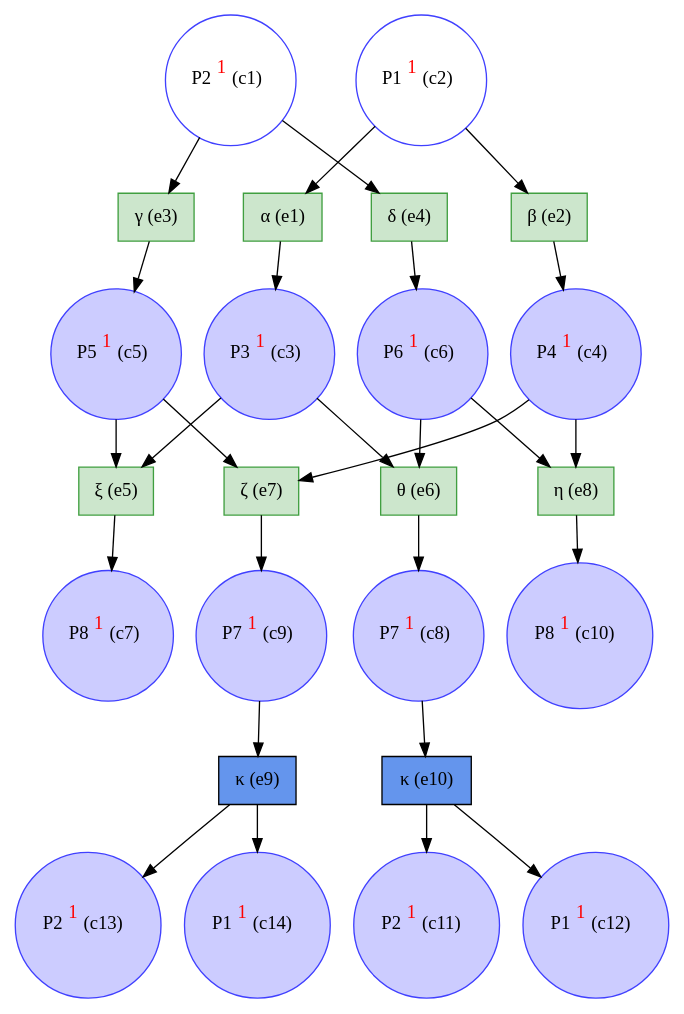
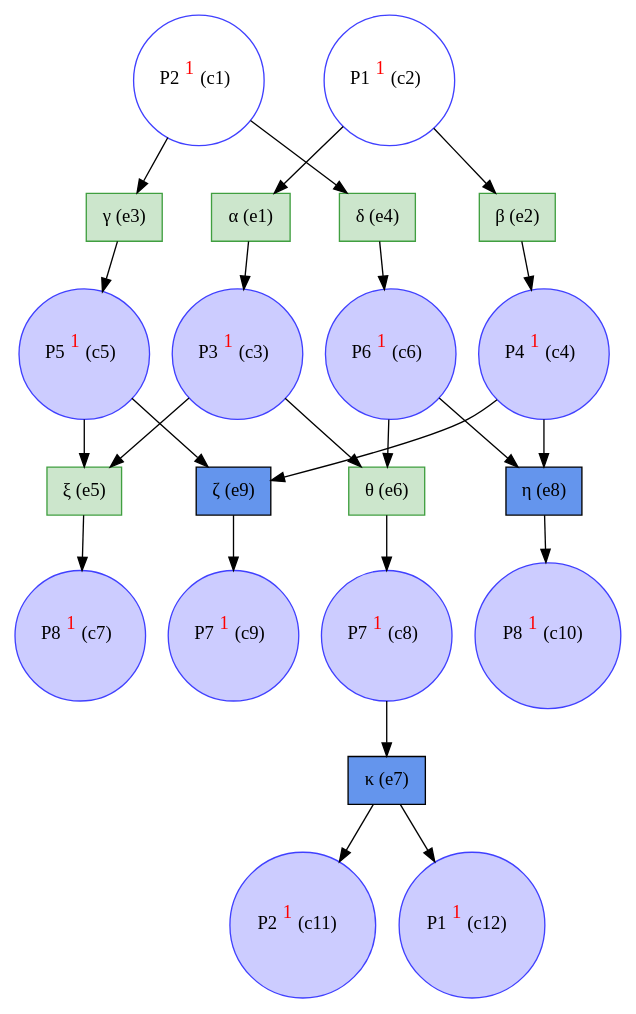
Before and after one commit to giannkas/ecofolder: the diagram in examples/comb_tipping_point/comb_tipping_point_unf.dot, drawn with Graphviz. The commit also changed 159 other files, not shown here.

```diff
--- a/examples/comb_tipping_point/comb_tipping_point_unf.dot
+++ b/examples/comb_tipping_point/comb_tipping_point_unf.dot
@@ -1,52 +1,46 @@
 digraph test {
   c1 -> e4;
   c1 -> e3;
   c2 -> e2;
   c2 -> e1;
   e1 -> c3;
   c3 -> e6;
   c3 -> e5;
   e2 -> c4;
   c4 -> e8;
-  c4 -> e7;
+  c4 -> e9;
   e3 -> c5;
-  c5 -> e7;
+  c5 -> e9;
   c5 -> e5;
   e4 -> c6;
   c6 -> e8;
   c6 -> e6;
   e5 -> c7;
   e6 -> c8;
-  c8 -> e10;
-  e7 -> c9;
-  c9 -> e9;
+  c8 -> e7;
+  e9 -> c9;
   e8 -> c10;
-  e10 -> c11;
-  e10 -> c12;
-  e9 -> c13;
-  e9 -> c14;
+  e7 -> c11;
+  e7 -> c12;
   c1 [color="#4040ff" fillcolor="transparent" label= <P2<FONT COLOR="red"><SUP>1</SUP></FONT>&nbsp;(c1)> shape=circle style=filled];
   c2 [color="#4040ff" fillcolor="transparent" label= <P1<FONT COLOR="red"><SUP>1</SUP></FONT>&nbsp;(c2)> shape=circle style=filled];
   c3 [color="#4040ff" fillcolor="#ccccff" label= <P3<FONT COLOR="red"><SUP>1</SUP></FONT>&nbsp;(c3)> shape=circle style=filled];
   c4 [color="#4040ff" fillcolor="#ccccff" label= <P4<FONT COLOR="red"><SUP>1</SUP></FONT>&nbsp;(c4)> shape=circle style=filled];
   c5 [color="#4040ff" fillcolor="#ccccff" label= <P5<FONT COLOR="red"><SUP>1</SUP></FONT>&nbsp;(c5)> shape=circle style=filled];
   c6 [color="#4040ff" fillcolor="#ccccff" label= <P6<FONT COLOR="red"><SUP>1</SUP></FONT>&nbsp;(c6)> shape=circle style=filled];
   c7 [color="#4040ff" fillcolor="#ccccff" label= <P8<FONT COLOR="red"><SUP>1</SUP></FONT>&nbsp;(c7)> shape=circle style=filled];
   c8 [color="#4040ff" fillcolor="#ccccff" label= <P7<FONT COLOR="red"><SUP>1</SUP></FONT>&nbsp;(c8)> shape=circle style=filled];
   c9 [color="#4040ff" fillcolor="#ccccff" label= <P7<FONT COLOR="red"><SUP>1</SUP></FONT>&nbsp;(c9)> shape=circle style=filled];
   c10 [color="#4040ff" fillcolor="#ccccff" label= <P8<FONT COLOR="red"><SUP>1</SUP></FONT>&nbsp;(c10)> shape=circle style=filled];
   c11 [color="#4040ff" fillcolor="#ccccff" label= <P2<FONT COLOR="red"><SUP>1</SUP></FONT>&nbsp;(c11)> shape=circle style=filled];
   c12 [color="#4040ff" fillcolor="#ccccff" label= <P1<FONT COLOR="red"><SUP>1</SUP></FONT>&nbsp;(c12)> shape=circle style=filled];
-  c13 [color="#4040ff" fillcolor="#ccccff" label= <P2<FONT COLOR="red"><SUP>1</SUP></FONT>&nbsp;(c13)> shape=circle style=filled];
-  c14 [color="#4040ff" fillcolor="#ccccff" label= <P1<FONT COLOR="red"><SUP>1</SUP></FONT>&nbsp;(c14)> shape=circle style=filled];
   e1 [color="#409f40" fillcolor="#cce6cc" label="α (e1)" shape=box style=filled];
   e2 [color="#409f40" fillcolor="#cce6cc" label="β (e2)" shape=box style=filled];
   e3 [color="#409f40" fillcolor="#cce6cc" label="γ (e3)" shape=box style=filled];
   e4 [color="#409f40" fillcolor="#cce6cc" label="δ (e4)" shape=box style=filled];
   e5 [color="#409f40" fillcolor="#cce6cc" label="ξ (e5)" shape=box style=filled];
   e6 [color="#409f40" fillcolor="#cce6cc" label="θ (e6)" shape=box style=filled];
-  e7 [color="#409f40" fillcolor="#cce6cc" label="ζ (e7)" shape=box style=filled];
-  e8 [color="#409f40" fillcolor="#cce6cc" label="η (e8)" shape=box style=filled];
-  e9 [color=black fillcolor=cornflowerblue label="κ (e9)" shape=box style=filled];
-  e10 [color=black fillcolor=cornflowerblue label="κ (e10)" shape=box style=filled];
+  e7 [color=black fillcolor=cornflowerblue label="κ (e7)" shape=box style=filled];
+  e8 [color=black fillcolor=cornflowerblue label="η (e8)" shape=box style=filled];
+  e9 [color=black fillcolor=cornflowerblue label="ζ (e9)" shape=box style=filled];
 }
```
